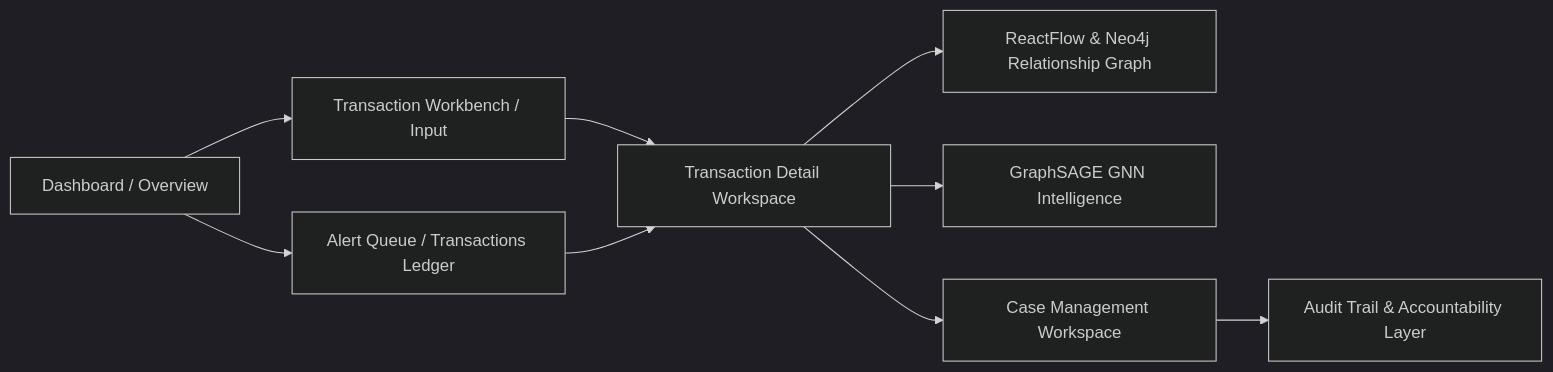
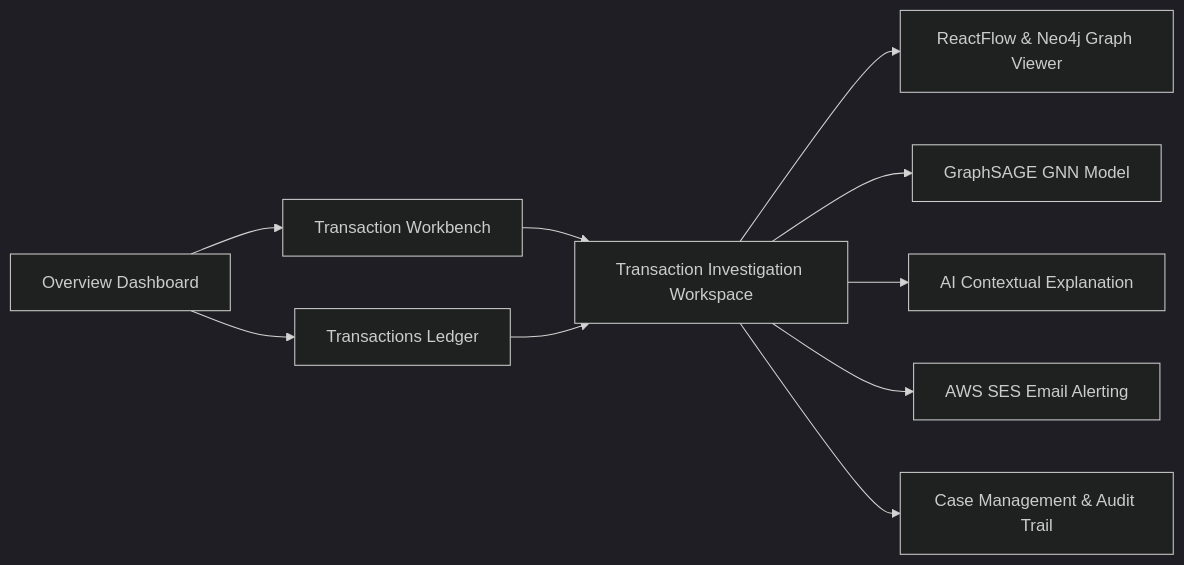
Before and after one commit to Gokul-anand-b/Acentra: the diagram in DEMO_PITCH_AND_USER_GUIDE.md, drawn with Mermaid (dark theme). The commit also changed other lines of this file, not shown here.

Commit message:
docs: update pitch demo guide with 20 cases, samples 3514030 & TXN-HHG-001, email alerts, and script

````diff
--- a/DEMO_PITCH_AND_USER_GUIDE.md
+++ b/DEMO_PITCH_AND_USER_GUIDE.md
@@ -7,11 +12,12 @@
 ```mermaid
 flowchart LR
-    A[Dashboard / Overview] --> B[Transaction Workbench / Input]
-    A --> C[Alert Queue / Transactions Ledger]
-    B --> D[Transaction Detail Workspace]
+    A[Overview Dashboard] --> B[Transaction Workbench]
+    A --> C[Transactions Ledger]
+    B --> D[Transaction Investigation Workspace]
     C --> D
-    D --> E[ReactFlow & Neo4j Relationship Graph]
-    D --> F[GraphSAGE GNN Intelligence]
-    D --> G[Case Management Workspace]
-    G --> H[Audit Trail & Accountability Layer]
+    D --> E[ReactFlow & Neo4j Graph Viewer]
+    D --> F[GraphSAGE GNN Model]
+    D --> G[AI Contextual Explanation]
+    D --> H[AWS SES Email Alerting]
+    D --> I[Case Management & Audit Trail]
 ```
````
